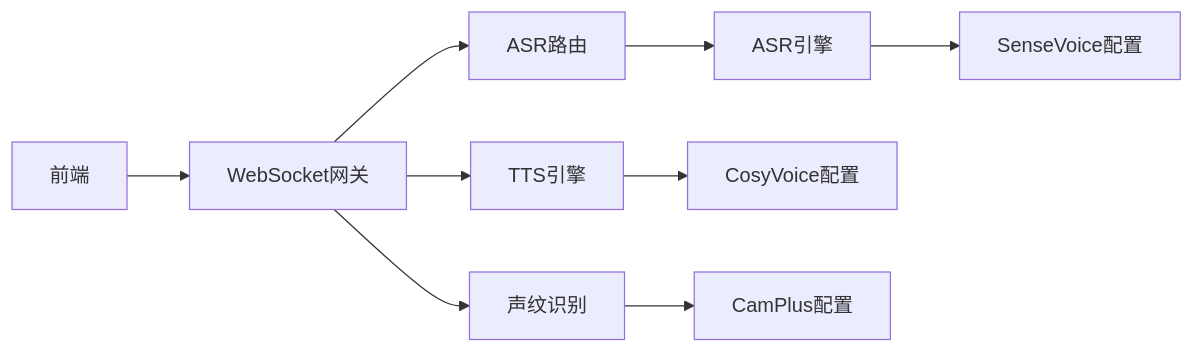
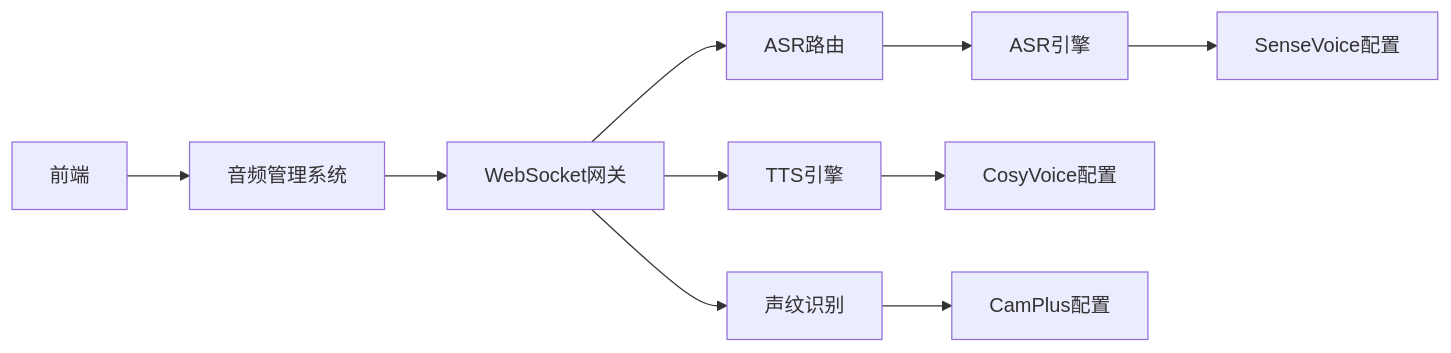
The eighth of 8 diagrams in .qoder/repowiki/zh/content/项目概述/核心特性/语音交互系统/语音交互系统.md (zmdhdu/NexusCockpit), drawn with Mermaid before and after one commit. The commit also changed other lines of this file and 16 other files, not shown here.

````diff
--- a/.qoder/repowiki/zh/content/项目概述/核心特性/语音交互系统/语音交互系统.md
+++ b/.qoder/repowiki/zh/content/项目概述/核心特性/语音交互系统/语音交互系统.md
@@ -345,11 +430,12 @@
 ```mermaid
 graph LR
-FE["前端"] --> WS["WebSocket网关"]
+FE["前端"] --> AUDIO_STORE["音频管理系统"]
+AUDIO_STORE --> WS["WebSocket网关"]
 WS --> ASR_API["ASR路由"]
 WS --> TTS_ENG["TTS引擎"]
 WS --> VP["声纹识别"]
 ASR_API --> ASR_ENG["ASR引擎"]
 ASR_ENG --> CFG_ASR["SenseVoice配置"]
 TTS_ENG --> CFG_TTS["CosyVoice配置"]
 VP --> CFG_SV["CamPlus配置"]
 ```
````
